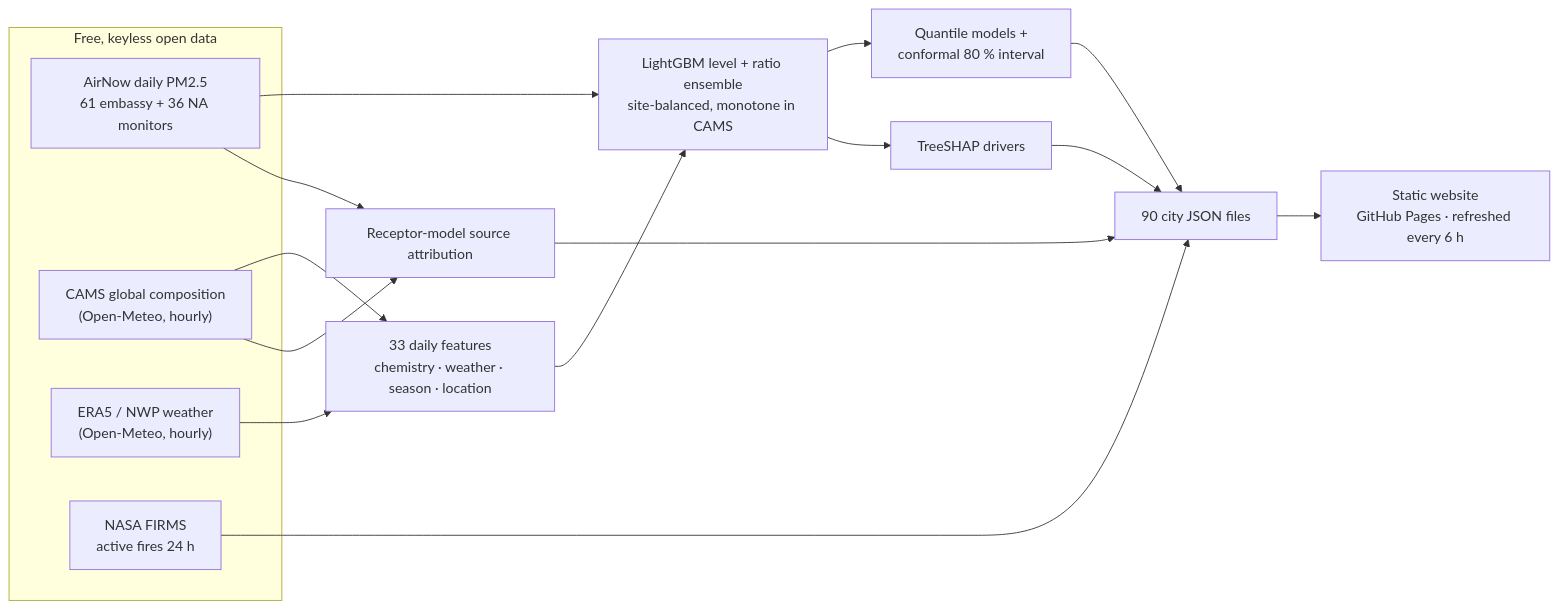
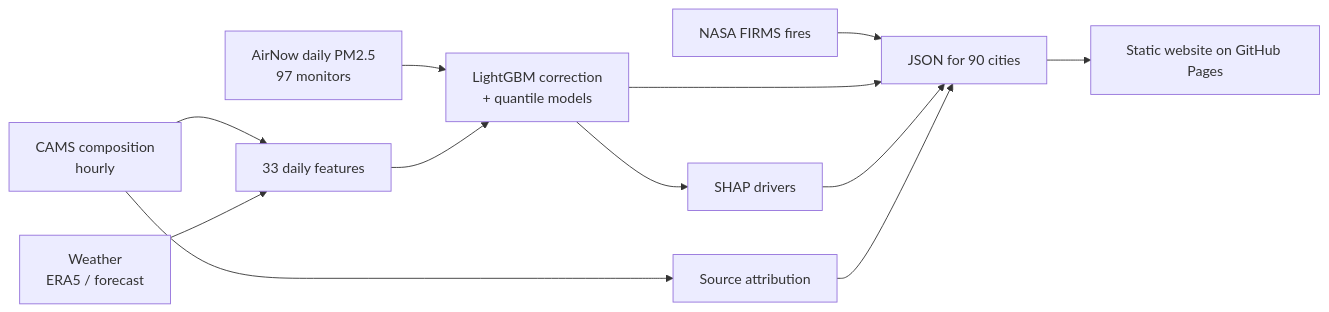
One commit to handue/airtrace changed the second of 2 diagrams in README.md. Above: the diagram before and after it, drawn with Mermaid. The commit also changed other lines of this file and 8 other files, not shown here.

````diff
--- a/README.md
+++ b/README.md
@@ -159,22 +54,14 @@
 ```mermaid
 flowchart LR
-  subgraph Data["Free, keyless open data"]
-    A1["AirNow daily PM2.5<br/>61 embassy + 36 NA monitors"]
-    A2["CAMS global composition<br/>(Open-Meteo, hourly)"]
-    A3["ERA5 / NWP weather<br/>(Open-Meteo, hourly)"]
-    A4["NASA FIRMS<br/>active fires 24 h"]
-  end
-  A2 --> F["33 daily features<br/>chemistry · weather · season · location"]
-  A3 --> F
-  A1 --> T["LightGBM level + ratio ensemble<br/>site-balanced, monotone in CAMS"]
-  F --> T
-  T --> Q["Quantile models +<br/>conformal 80 % interval"]
-  T --> S["TreeSHAP drivers"]
-  A2 --> R["Receptor-model source attribution"]
-  A1 --> R
-  Q --> J["90 city JSON files"]
+  A1[AirNow daily PM2.5<br/>97 monitors] --> T
+  A2[CAMS composition<br/>hourly] --> F[33 daily features]
+  A3[Weather<br/>ERA5 / forecast] --> F
+  F --> T[LightGBM correction<br/>+ quantile models]
+  T --> S[SHAP drivers]
+  A2 --> R[Source attribution]
+  A4[NASA FIRMS fires] --> J
+  T --> J[JSON for 90 cities]
   S --> J
   R --> J
-  A4 --> J
-  J --> W["Static website<br/>GitHub Pages · refreshed every 6 h"]
+  J --> W[Static website on GitHub Pages]
 ```
````
